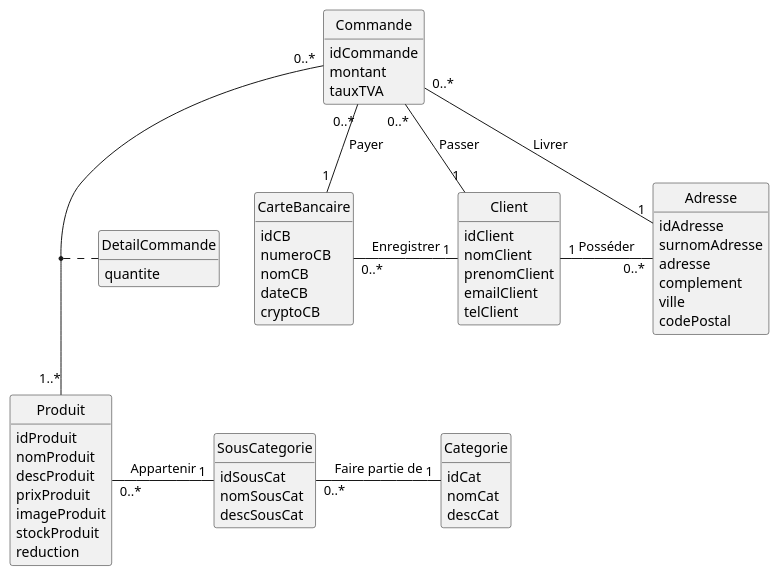
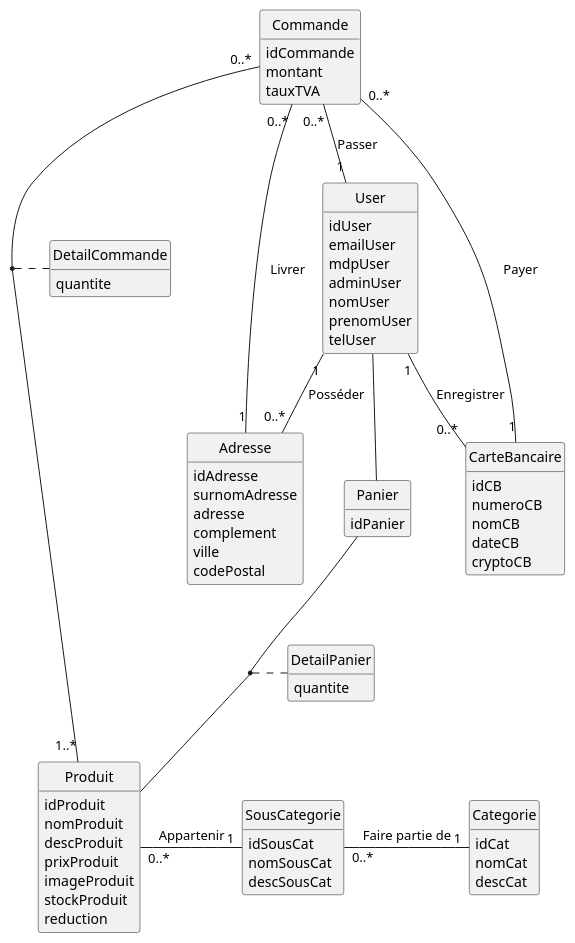
The diagram in bd/dc.plantuml (IUT-Blagnac/sae3-01-devapp-g2a-9), drawn with PlantUML before and after one commit.

Commit message:
final : user/admin/panier

```diff
--- a/bd/dc.plantuml
+++ b/bd/dc.plantuml
@@ -1,64 +1,82 @@
 @startuml
 class Produit{
     idProduit
     nomProduit
     descProduit
     prixProduit
     imageProduit
     stockProduit
     reduction
 }
 class Categorie{
     idCat
     nomCat
     descCat
 }
 class SousCategorie{
     idSousCat
     nomSousCat
     descSousCat
 }
 class DetailCommande{
     quantite    
 }
 class Commande{
     idCommande
     montant
     tauxTVA
 }
-class Client{
-    idClient
-    nomClient
-    prenomClient
-    emailClient
-    telClient
+class User{
+    idUser
+    emailUser
+    mdpUser
+    adminUser
+    nomUser
+    prenomUser
+    telUser
+}
+class User {
 }
 class Adresse{
     idAdresse
     surnomAdresse
     adresse
     complement
     ville
     codePostal
 }
 class CarteBancaire{
     idCB
     numeroCB
     nomCB
     dateCB
     cryptoCB
 }
+class Panier {
+    idPanier
+}
+class DetailPanier {
+    quantite
+}
 
 Produit "0..*" - "1" SousCategorie : Appartenir
 SousCategorie "0..*" - "1" Categorie : Faire partie de
 Commande "0..*" -- "1..*" Produit
 (Commande, Produit) .. DetailCommande
-Commande "0..*" -- "1" Client : Passer
-Client "1" - "0..*" Adresse : Posséder
-CarteBancaire "0..*" - "1" Client : Enregistrer
+
+Commande "0..*" -- "1" User : Passer
 Commande "0..*" -- "1" CarteBancaire : Payer
-Commande "0..*" - "1" Adresse : Livrer
+Commande "0..*" -- "1" Adresse : Livrer
+
+User "1" -- "0..*" Adresse : Posséder
+User "1" -- "0..*" CarteBancaire  : Enregistrer
+
+User -- Panier
+(Panier, Produit) .. DetailPanier
+
+
+
 
 hide empty methods
 hide circle
 @enduml
```
